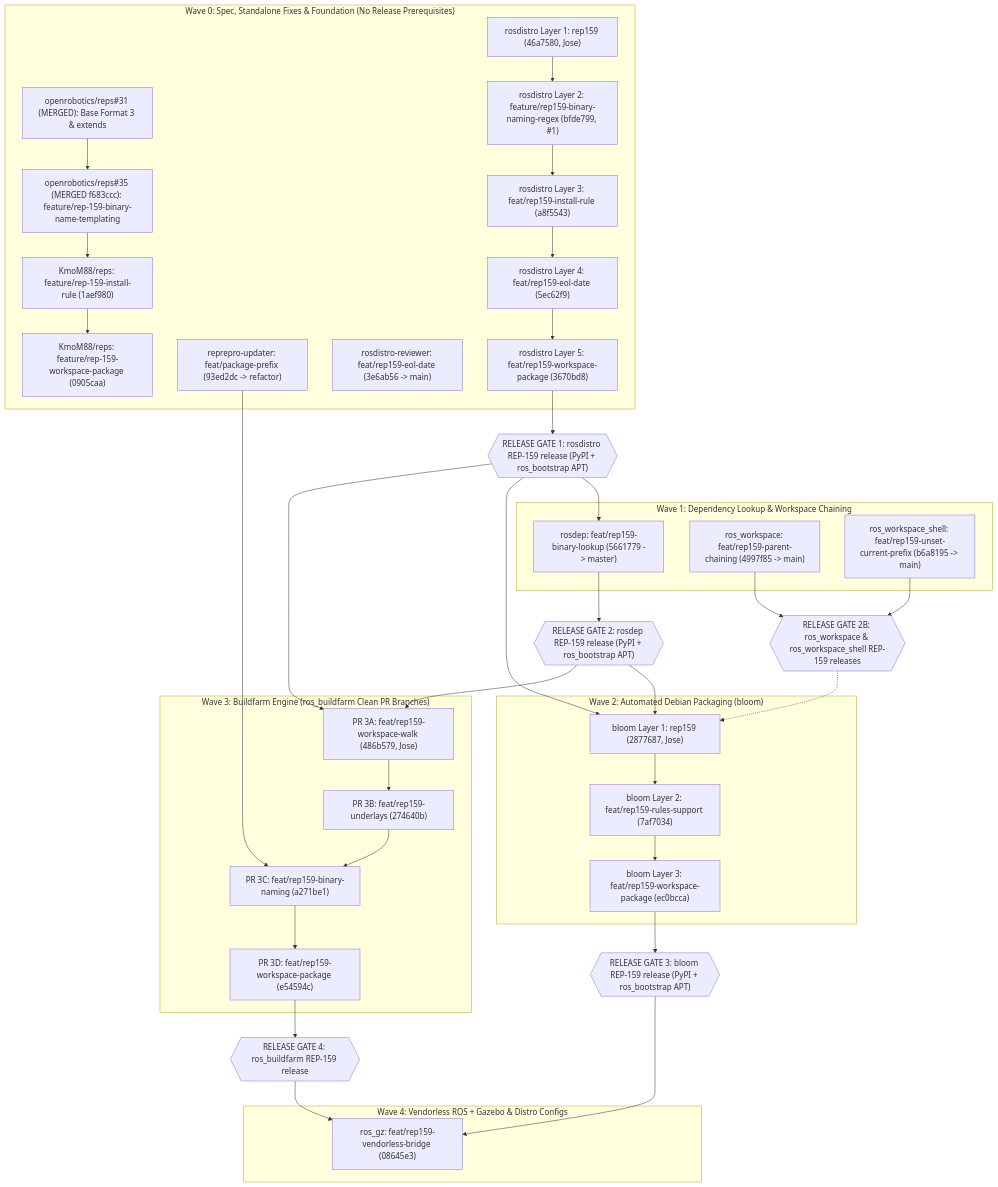
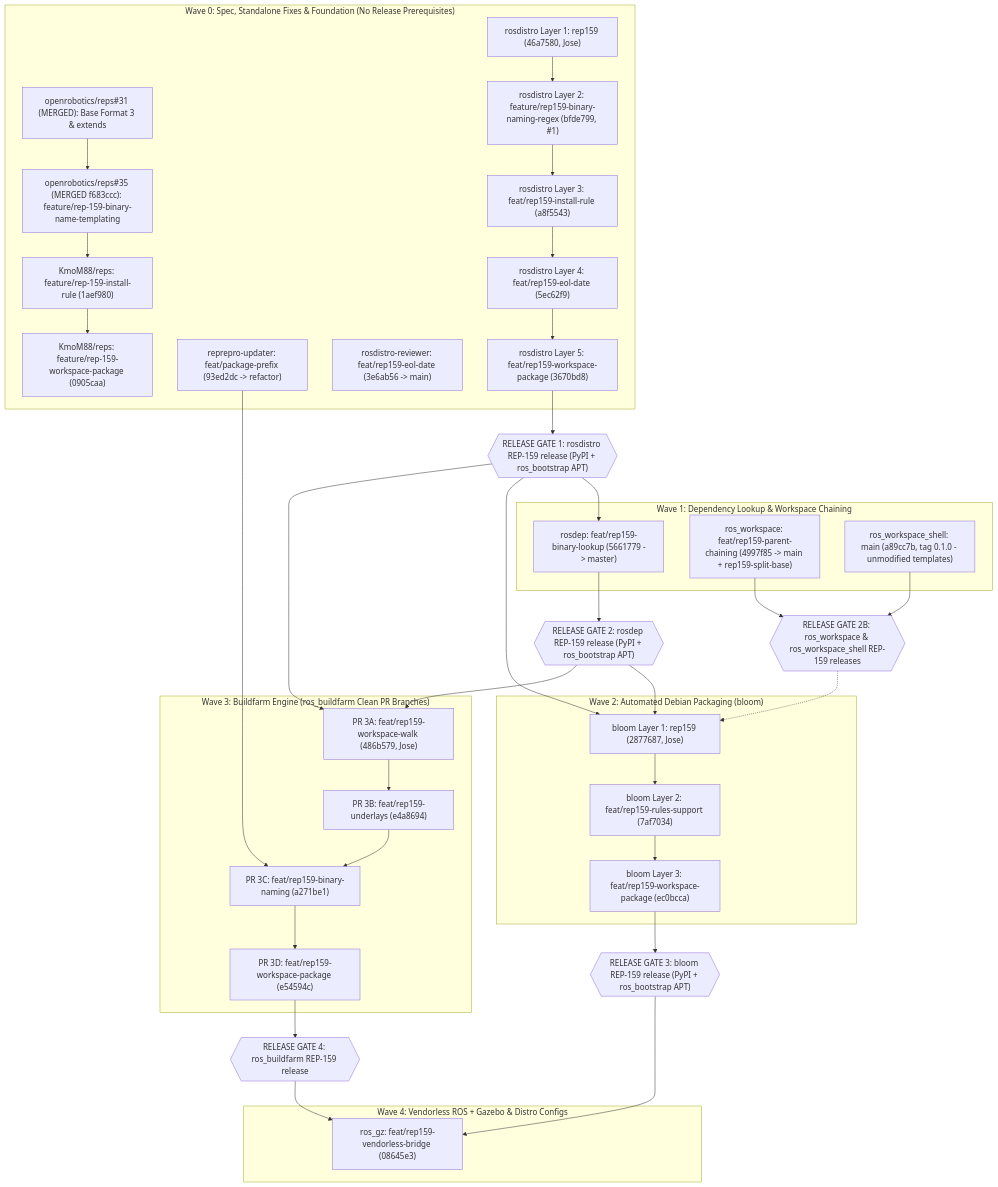
One commit to KmoM88/rep159-testing changed the first of 3 diagrams in ROLLOUT_PLAN.md. Above: the diagram before and after it, drawn with Mermaid. The commit also changed other lines of this file and 15 other files, not shown here.

Commit message:
Document review resolutions, switch ros_workspace_shell to main, and checkout Stage 6

````diff
--- a/ROLLOUT_PLAN.md
+++ b/ROLLOUT_PLAN.md
@@ -14,56 +14,56 @@
 ```mermaid
 flowchart TD
     subgraph Wave0 ["Wave 0: Spec, Standalone Fixes & Foundation (No Release Prerequisites)"]
         REPS1["openrobotics/reps#31 (MERGED): Base Format 3 & extends"] --> REPS2["openrobotics/reps#35 (MERGED f683ccc): feature/rep-159-binary-name-templating"]
         REPS2 --> REPS3["KmoM88/reps: feature/rep-159-install-rule (1aef980)"]
         REPS3 --> REPS4["KmoM88/reps: feature/rep-159-workspace-package (0905caa)"]
 
         REPREPRO["reprepro-updater: feat/package-prefix (93ed2dc -> refactor)"]
         REVIEWER["rosdistro-reviewer: feat/rep159-eol-date (3e6ab56 -> main)"]
 
         RD1["rosdistro Layer 1: rep159 (46a7580, Jose)"] --> RD2["rosdistro Layer 2: feature/rep159-binary-naming-regex (bfde799, #1)"]
         RD2 --> RD3["rosdistro Layer 3: feat/rep159-install-rule (a8f5543)"]
         RD3 --> RD4["rosdistro Layer 4: feat/rep159-eol-date (5ec62f9)"]
         RD4 --> RD5["rosdistro Layer 5: feat/rep159-workspace-package (3670bd8)"]
     end
 
     RD5 --> GATE1{{"RELEASE GATE 1: rosdistro REP-159 release (PyPI + ros_bootstrap APT)"}}
 
     subgraph Wave1 ["Wave 1: Dependency Lookup & Workspace Chaining"]
         ROSDEP["rosdep: feat/rep159-binary-lookup (5661779 -> master)"]
-        WS["ros_workspace: feat/rep159-parent-chaining (4997f85 -> main)"]
-        WSS["ros_workspace_shell: feat/rep159-unset-current-prefix (b6a8195 -> main)"]
+        WS["ros_workspace: feat/rep159-parent-chaining (4997f85 -> main + rep159-split-base)"]
+        WSS["ros_workspace_shell: main (a89cc7b, tag 0.1.0 - unmodified templates)"]
     end
 
     GATE1 --> ROSDEP --> GATE2{{"RELEASE GATE 2: rosdep REP-159 release (PyPI + ros_bootstrap APT)"}}
     WS --> GATE2B{{"RELEASE GATE 2B: ros_workspace & ros_workspace_shell REP-159 releases"}}
     WSS --> GATE2B
 
     subgraph Wave2 ["Wave 2: Automated Debian Packaging (bloom)"]
         BL1["bloom Layer 1: rep159 (2877687, Jose)"] --> BL2["bloom Layer 2: feat/rep159-rules-support (7af7034)"]
         BL2 --> BL3["bloom Layer 3: feat/rep159-workspace-package (ec0bcca)"]
     end
 
     GATE1 --> BL1
     GATE2 --> BL1
     GATE2B -.-> BL1
     BL3 --> GATE3{{"RELEASE GATE 3: bloom REP-159 release (PyPI + ros_bootstrap APT)"}}
 
     subgraph Wave3 ["Wave 3: Buildfarm Engine (ros_buildfarm Clean PR Branches)"]
-        BF1["PR 3A: feat/rep159-workspace-walk (486b579, Jose)"] --> BF2["PR 3B: feat/rep159-underlays (274640b)"]
+        BF1["PR 3A: feat/rep159-workspace-walk (486b579, Jose)"] --> BF2["PR 3B: feat/rep159-underlays (e4a8694)"]
         BF2 --> BF3["PR 3C: feat/rep159-binary-naming (a271be1)"]
         BF3 --> BF4["PR 3D: feat/rep159-workspace-package (e54594c)"]
     end
 
     GATE1 --> BF1
     GATE2 --> BF1
     REPREPRO --> BF3
     BF4 --> GATE4{{"RELEASE GATE 4: ros_buildfarm REP-159 release"}}
 
     subgraph Wave4 ["Wave 4: Vendorless ROS + Gazebo & Distro Configs"]
         ROSGZ["ros_gz: feat/rep159-vendorless-bridge (08645e3)"]
     end
 
     GATE3 --> ROSGZ
     GATE4 --> ROSGZ
 ```
````
